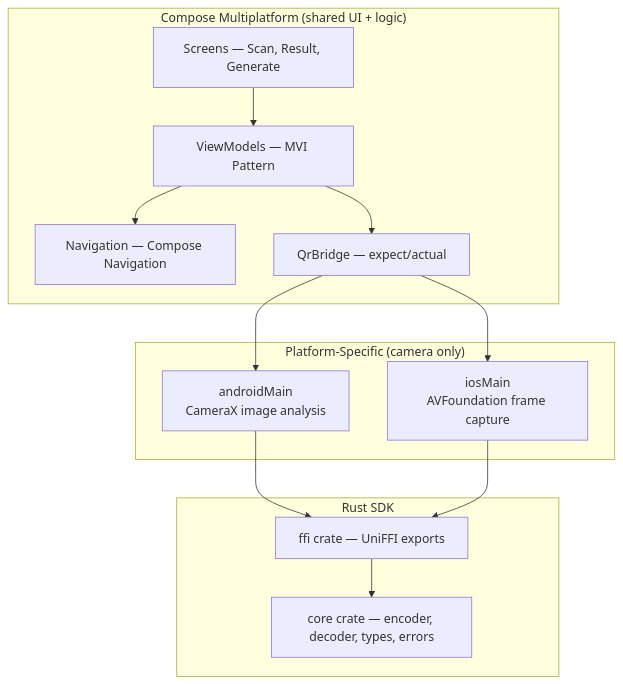
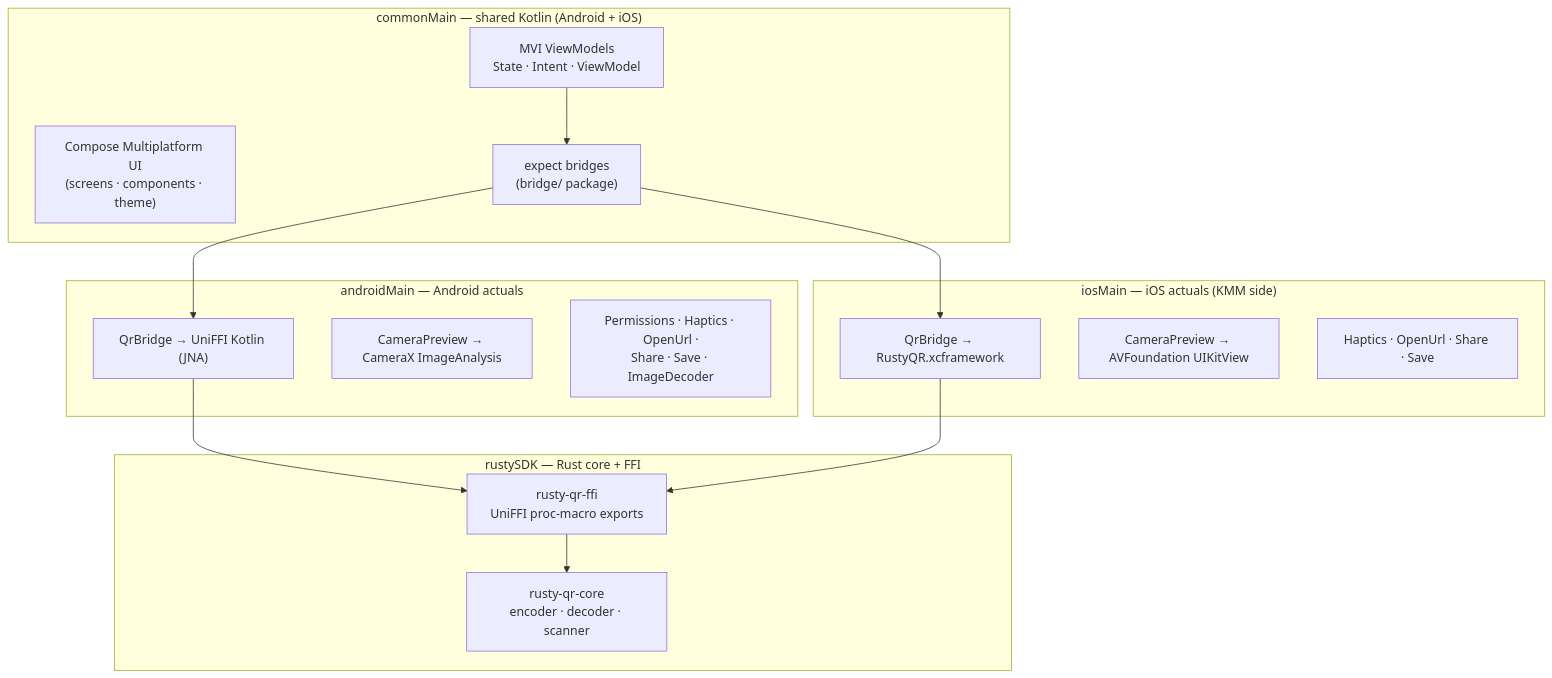
The first of 3 diagrams in README.md (prasannajeet/RustyQR), drawn with Mermaid before and after one commit. The commit also changed other lines of this file and 69 other files, not shown here.

````diff
--- a/README.md
+++ b/README.md
@@ -83,28 +86,32 @@
 ```mermaid
 graph TB
-subgraph "Compose Multiplatform (shared UI + logic)"
-A[Screens — Scan, Result, Generate]
-C[ViewModels — MVI Pattern]
-D[Navigation — Compose Navigation]
-E[QrBridge — expect/actual]
-end
+    subgraph "commonMain — shared Kotlin (Android + iOS)"
+        UI["Compose Multiplatform UI<br/>(screens · components · theme)"]
+        MVI["MVI ViewModels<br/>State · Intent · ViewModel"]
+        BRIDGE_EXP["expect bridges<br/>(bridge/ package)"]
+    end
 
-subgraph "Platform-Specific (camera only)"
-F[androidMain<br/>CameraX image analysis]
-G[iosMain<br/>AVFoundation frame capture]
-end
+    subgraph "androidMain — Android actuals"
+        BRIDGE_AND["QrBridge → UniFFI Kotlin (JNA)"]
+        CAM_AND["CameraPreview → CameraX ImageAnalysis"]
+        MISC_AND["Permissions · Haptics · OpenUrl ·<br/>Share · Save · ImageDecoder"]
+    end
 
-subgraph "Rust SDK"
-H[ffi crate — UniFFI exports]
-I[core crate — encoder, decoder, types, errors]
-end
+    subgraph "iosMain — iOS actuals (KMM side)"
+        BRIDGE_IOS["QrBridge → RustyQR.xcframework"]
+        CAM_IOS["CameraPreview → AVFoundation UIKitView"]
+        MISC_IOS["Haptics · OpenUrl · Share · Save"]
+    end
 
-A --> C
-C --> D
-C --> E
-E --> F
-E --> G
-F --> H
-G --> H
-H --> I
+    subgraph "rustySDK — Rust core + FFI"
+        FFI["rusty-qr-ffi<br/>UniFFI proc-macro exports"]
+        CORE["rusty-qr-core<br/>encoder · decoder · scanner"]
+    end
+
+    MVI --> BRIDGE_EXP
+    BRIDGE_EXP --> BRIDGE_AND
+    BRIDGE_EXP --> BRIDGE_IOS
+    BRIDGE_AND --> FFI
+    BRIDGE_IOS --> FFI
+    FFI --> CORE
 ```
````
